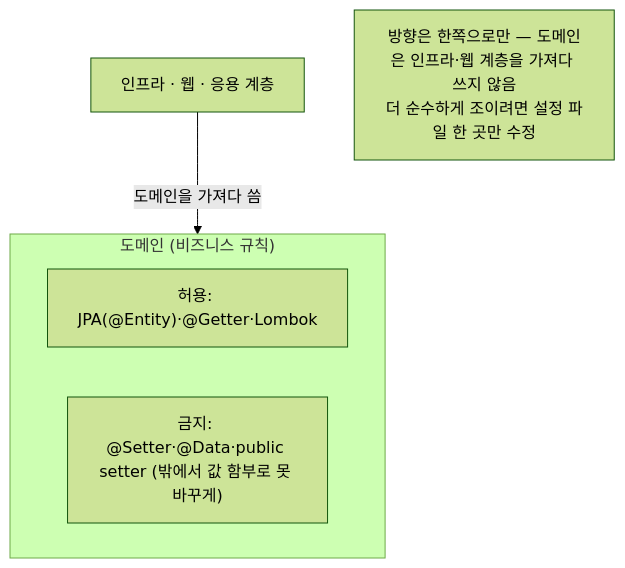
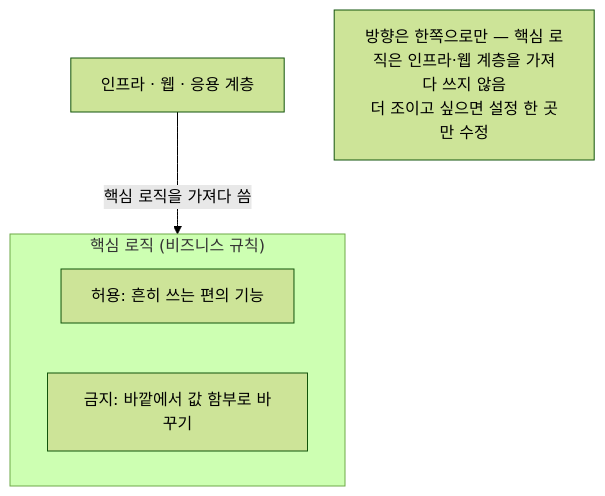
One commit to HongJungWan/opinionated-harness-template changed the seventh of 7 diagrams in README.md. Above: the diagram before and after it, drawn with Mermaid (forest theme). The commit also changed other lines of this file, not shown here.

````diff
--- a/README.md
+++ b/README.md
@@ -255,9 +187,9 @@
 ```mermaid
 flowchart TD
-    OUT["인프라 · 웹 · 응용 계층"] -->|"도메인을 가져다 씀"| DOM
-    subgraph DOM["도메인 (비즈니스 규칙)"]
-        OK["허용: JPA(@Entity)·@Getter·Lombok"]
-        NO["금지: @Setter·@Data·public setter (밖에서 값 함부로 못 바꾸게)"]
+    OUT["인프라 · 웹 · 응용 계층"] -->|"핵심 로직을 가져다 씀"| DOM
+    subgraph DOM["핵심 로직 (비즈니스 규칙)"]
+        OK["허용: 흔히 쓰는 편의 기능"]
+        NO["금지: 바깥에서 값 함부로 바꾸기"]
     end
-    NOTE["방향은 한쪽으로만 — 도메인은 인프라·웹 계층을 가져다 쓰지 않음<br/>더 순수하게 조이려면 설정 파일 한 곳만 수정"]
+    NOTE["방향은 한쪽으로만 — 핵심 로직은 인프라·웹 계층을 가져다 쓰지 않음<br/>더 조이고 싶으면 설정 한 곳만 수정"]
 ```
````
